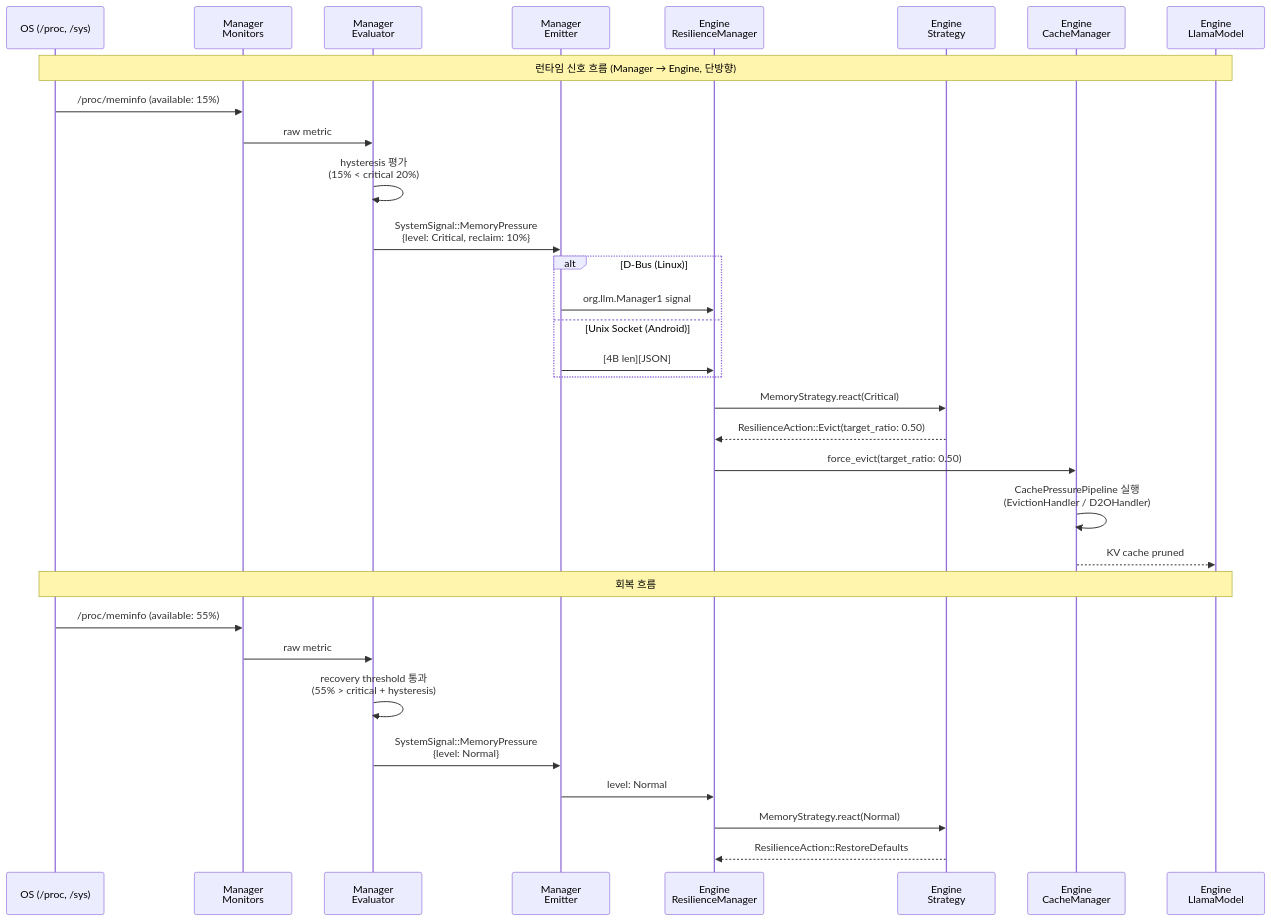
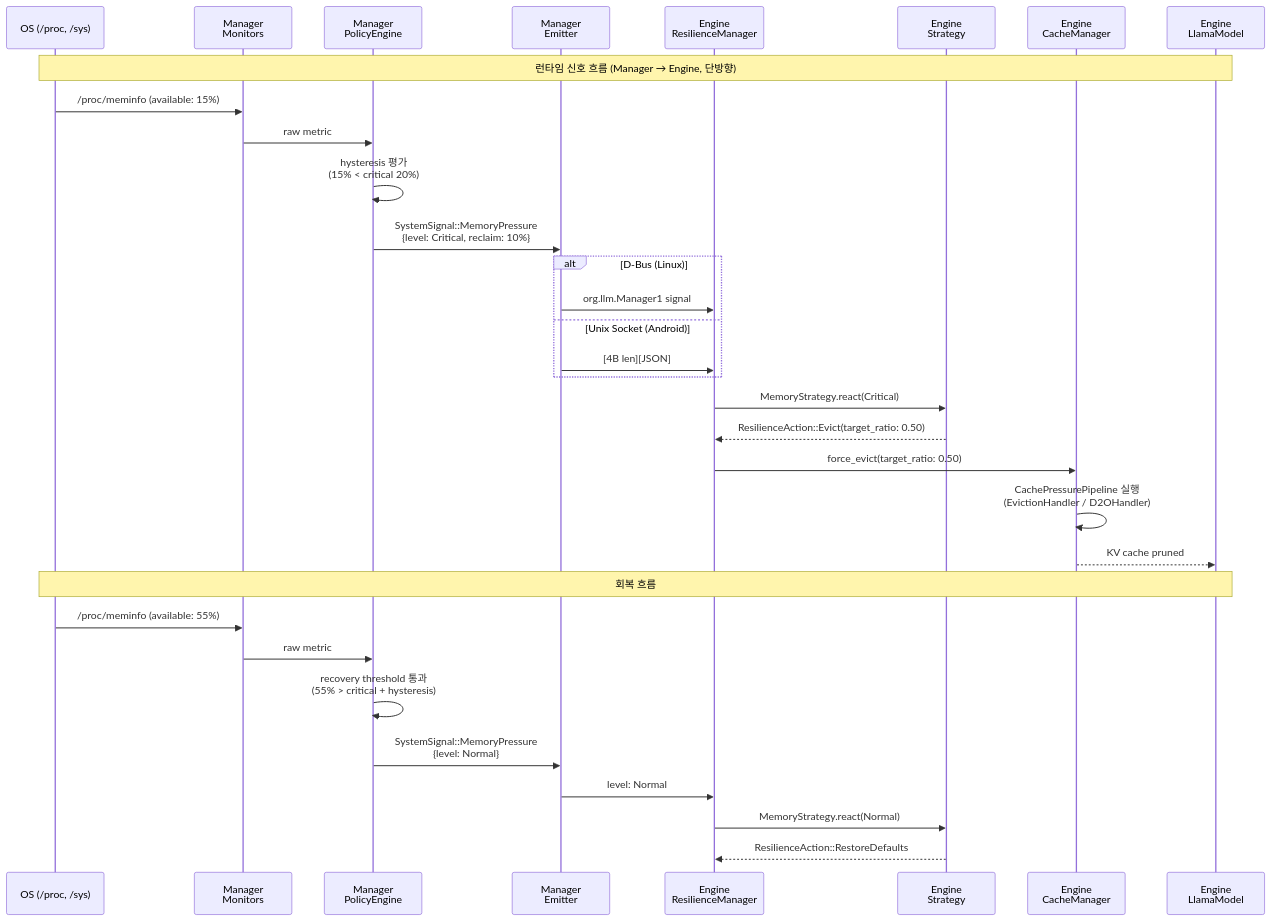
Before and after one commit to hedone21/llm_rs2: the second of 5 diagrams in ARCHITECTURE.md, drawn with Mermaid. The commit also changed other lines of this file, not shown here.

First line of the commit message:
docs(architecture): fix \n rendering and rename to PolicyEngine in diagrams

````diff
--- a/ARCHITECTURE.md
+++ b/ARCHITECTURE.md
@@ -74,40 +80,40 @@
 ```mermaid
 sequenceDiagram
     participant OS as OS (/proc, /sys)
     participant Mon as Manager<br/>Monitors
-    participant Eval as Manager<br/>Evaluator
+    participant Eval as Manager<br/>PolicyEngine
     participant Emit as Manager<br/>Emitter
     participant Res as Engine<br/>ResilienceManager
     participant Strat as Engine<br/>Strategy
     participant CM as Engine<br/>CacheManager
     participant Model as Engine<br/>LlamaModel
 
     Note over OS,Model: 런타임 신호 흐름 (Manager → Engine, 단방향)
 
     OS->>Mon: /proc/meminfo (available: 15%)
     Mon->>Eval: raw metric
     Eval->>Eval: hysteresis 평가<br/>(15% < critical 20%)
     Eval->>Emit: SystemSignal::MemoryPressure<br/>{level: Critical, reclaim: 10%}
 
     alt D-Bus (Linux)
         Emit->>Res: org.llm.Manager1 signal
     else Unix Socket (Android)
         Emit->>Res: [4B len][JSON]
     end
 
     Res->>Strat: MemoryStrategy.react(Critical)
     Strat-->>Res: ResilienceAction::Evict(target_ratio: 0.50)
     Res->>CM: force_evict(target_ratio: 0.50)
     CM->>CM: CachePressurePipeline 실행<br/>(EvictionHandler / D2OHandler)
     CM-->>Model: KV cache pruned
 
     Note over OS,Model: 회복 흐름
 
     OS->>Mon: /proc/meminfo (available: 55%)
     Mon->>Eval: raw metric
     Eval->>Eval: recovery threshold 통과<br/>(55% > critical + hysteresis)
     Eval->>Emit: SystemSignal::MemoryPressure<br/>{level: Normal}
     Emit->>Res: level: Normal
     Res->>Strat: MemoryStrategy.react(Normal)
     Strat-->>Res: ResilienceAction::RestoreDefaults
 ```
````
